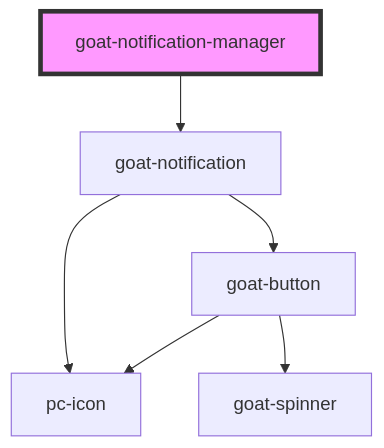
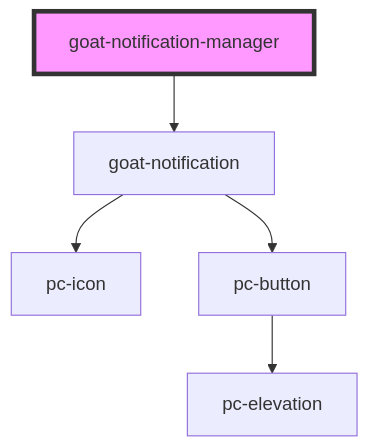
The diagram in src/components/notification-manager/readme.md (redvars/peacock), drawn with Mermaid before and after one commit. The commit also changed 280 other files, not shown here.

````diff
--- a/src/components/notification-manager/readme.md
+++ b/src/components/notification-manager/readme.md
@@ -23,9 +23,8 @@
 ```mermaid
 graph TD;
   goat-notification-manager --> goat-notification
   goat-notification --> pc-icon
-  goat-notification --> goat-button
-  goat-button --> goat-spinner
-  goat-button --> pc-icon
+  goat-notification --> pc-button
+  pc-button --> pc-elevation
   style goat-notification-manager fill:#f9f,stroke:#333,stroke-width:4px
 ```
````
